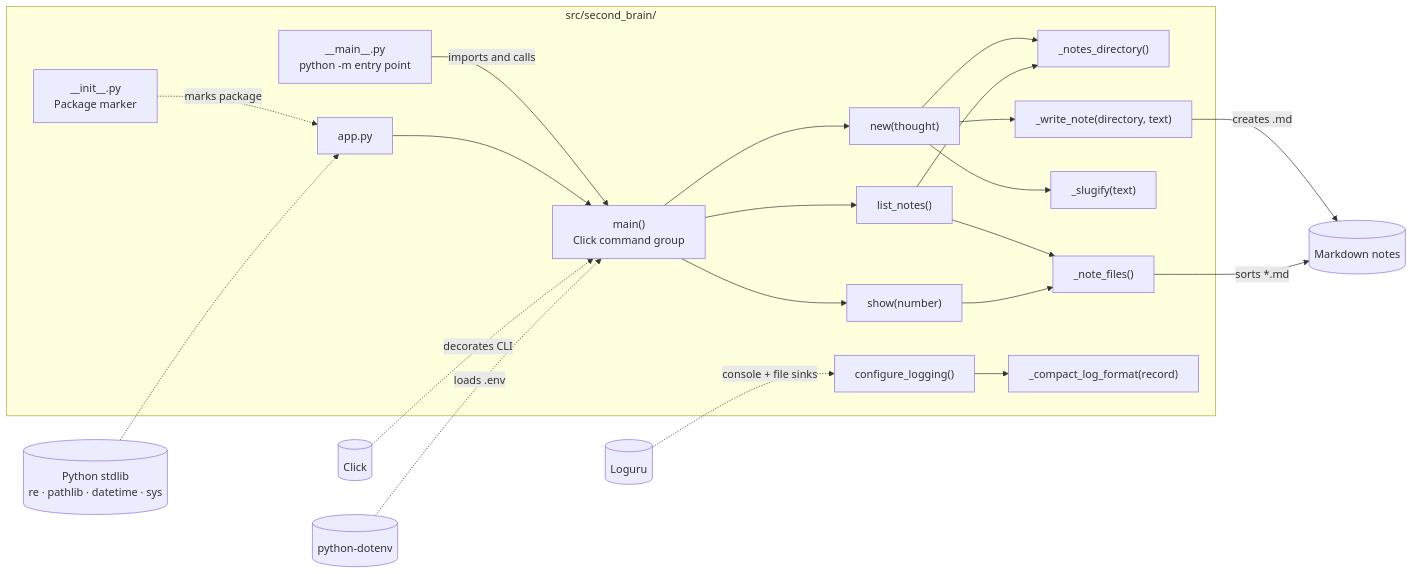
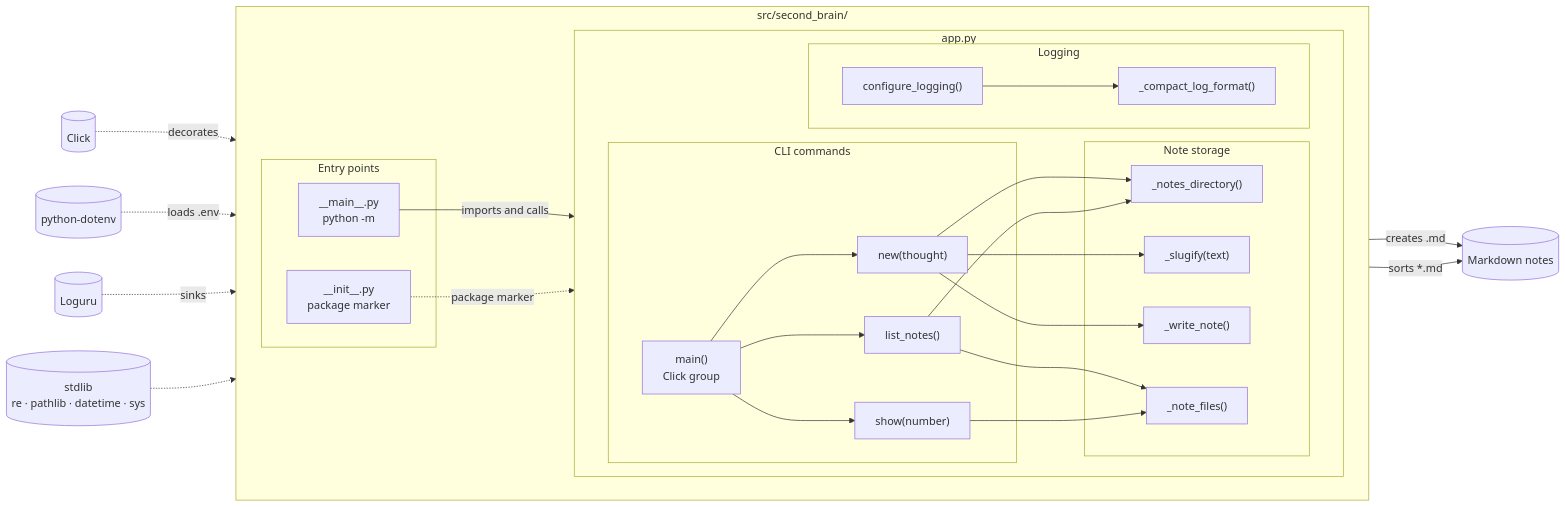
One commit to techieeliot/second-brain changed the first of 3 diagrams in docs/ARCH-001-app-flowcharts.md. Above: the diagram before and after it, drawn with Mermaid. The commit also changed other lines of this file and 1 other file, not shown here.

Commit message:
Refactor flowcharts in documentation for improved clarity and structure

````diff
--- a/docs/ARCH-001-app-flowcharts.md
+++ b/docs/ARCH-001-app-flowcharts.md
@@ -16,39 +16,52 @@
 ```mermaid
 flowchart LR
     subgraph Package["src/second_brain/"]
-        Init["__init__.py<br/>Package marker"]
-        MainModule["__main__.py<br/>python -m entry point"]
-        App["app.py"]
-        MainFn["main()<br/>Click command group"]
-        NewFn["new(thought)"]
-        ListFn["list_notes()"]
-        ShowFn["show(number)"]
-        DirFn["_notes_directory()"]
-        FilesFn["_note_files()"]
-        SlugFn["_slugify(text)"]
-        WriteFn["_write_note(directory, text)"]
-        LogFn["configure_logging()"]
-        FormatFn["_compact_log_format(record)"]
+        direction LR
+        subgraph Entry["Entry points"]
+            Init["__init__.py<br/>package marker"]
+            MainModule["__main__.py<br/>python -m"]
+        end
+
+        subgraph AppFile["app.py"]
+            direction LR
+            subgraph CLI["CLI commands"]
+                MainFn["main()<br/>Click group"]
+                NewFn["new(thought)"]
+                ListFn["list_notes()"]
+                ShowFn["show(number)"]
+            end
+
+            subgraph Storage["Note storage"]
+                DirFn["_notes_directory()"]
+                FilesFn["_note_files()"]
+                SlugFn["_slugify(text)"]
+                WriteFn["_write_note()"]
+            end
+
+            subgraph Logging["Logging"]
+                LogFn["configure_logging()"]
+                FormatFn["_compact_log_format()"]
+            end
+        end
     end
 
     MainModule -->|imports and calls| MainFn
-    Init -.->|marks package| App
-    App --> MainFn
     MainFn --> NewFn
     MainFn --> ListFn
     MainFn --> ShowFn
     NewFn --> DirFn
     NewFn --> SlugFn
     NewFn --> WriteFn
     ListFn --> DirFn
     ListFn --> FilesFn
     ShowFn --> FilesFn
     WriteFn -->|creates .md| Notes[("Markdown notes")]
     FilesFn -->|sorts *.md| Notes
     LogFn --> FormatFn
 
-    Click[("Click")] -.->|decorates CLI| MainFn
+    Init -.->|package marker| AppFile
+    Click[("Click")] -.->|decorates| MainFn
     Dotenv[("python-dotenv")] -.->|loads .env| MainFn
-    Loguru[("Loguru")] -.->|console + file sinks| LogFn
-    Stdlib[("Python stdlib<br/>re · pathlib · datetime · sys")] -.-> App
+    Loguru[("Loguru")] -.->|sinks| LogFn
+    Stdlib[("stdlib<br/>re · pathlib · datetime · sys")] -.-> AppFile
 ```
````
